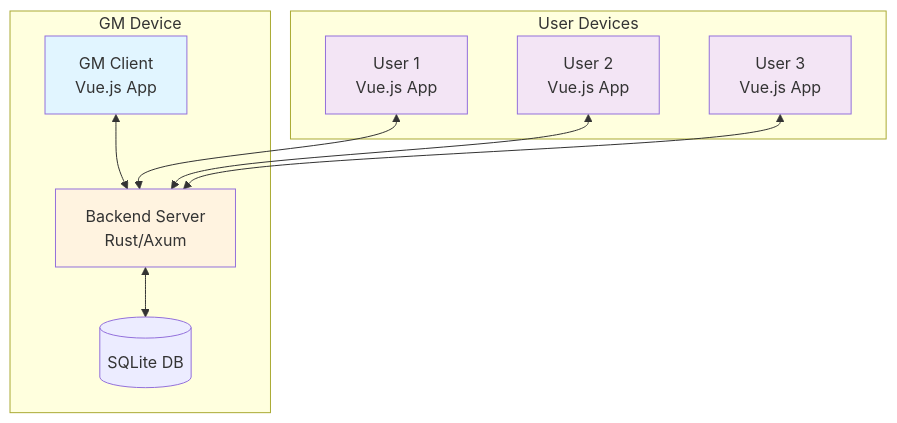
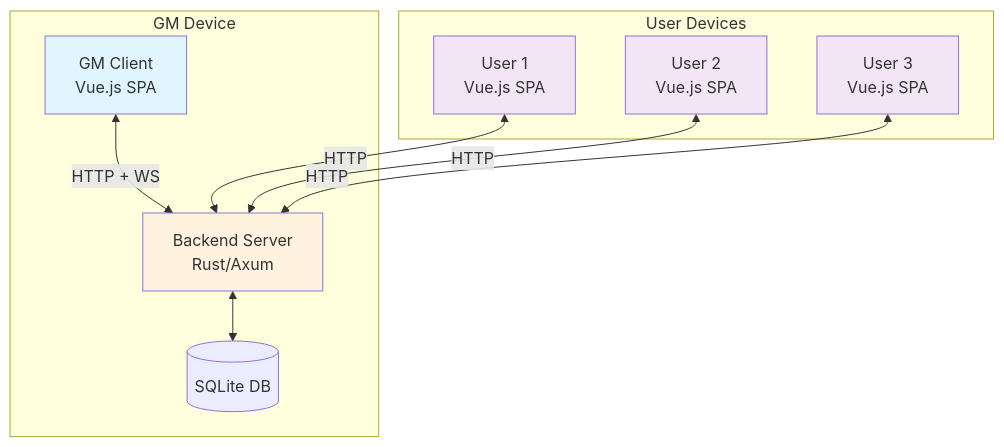
One commit to jakob-rzeppa/turnkeeper changed the first of 5 diagrams in docs/ARCHITECTURE.md. Above: the diagram before and after it, drawn with Mermaid. The commit also changed other lines of this file and 4 other files, not shown here.

````diff
--- a/docs/ARCHITECTURE.md
+++ b/docs/ARCHITECTURE.md
@@ -5,27 +5,27 @@
 ```mermaid
 graph TB
     subgraph "GM Device"
-        GM[GM Client<br/>Vue.js App]
+        GM[GM Client<br/>Vue.js SPA]
         Backend[Backend Server<br/>Rust/Axum]
         DB[(SQLite DB)]
 
-        GM <--> Backend
+        GM <-->|HTTP + WS| Backend
         Backend <--> DB
     end
 
     subgraph "User Devices"
-        User1[User 1<br/>Vue.js App]
-        User2[User 2<br/>Vue.js App]
-        User3[User 3<br/>Vue.js App]
+        User1[User 1<br/>Vue.js SPA]
+        User2[User 2<br/>Vue.js SPA]
+        User3[User 3<br/>Vue.js SPA]
     end
 
-    User1 <--> Backend
-    User2 <--> Backend
-    User3 <--> Backend
+    User1 <-->|HTTP| Backend
+    User2 <-->|HTTP| Backend
+    User3 <-->|HTTP| Backend
 
     style GM fill:#e1f5ff
     style Backend fill:#fff3e0
     style User1 fill:#f3e5f5
     style User2 fill:#f3e5f5
     style User3 fill:#f3e5f5
 ```
````
